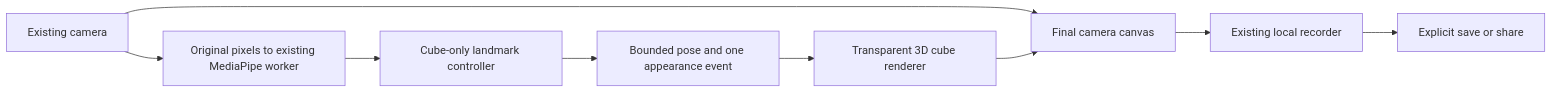
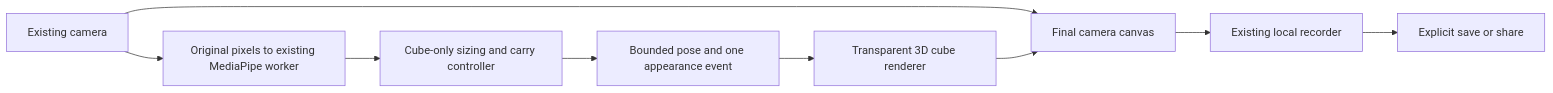
Before and after one commit to recruiting-gains/ai-builds-showcase: the diagram in ghostframe/docs/CUBE.md, drawn with Mermaid. The commit also changed other lines of this file and 8 other files, not shown here.

Commit message:
Improve Cube hologram and add one-hand carry

````diff
--- a/ghostframe/docs/CUBE.md
+++ b/ghostframe/docs/CUBE.md
@@ -17,11 +17,11 @@
 ```mermaid
 flowchart LR
   C[Existing camera] --> V[Original pixels to existing MediaPipe worker]
-  V --> G[Cube-only landmark controller]
+  V --> G[Cube-only sizing and carry controller]
   G --> P[Bounded pose and one appearance event]
   P --> W[Transparent 3D cube renderer]
   C --> F[Final camera canvas]
   W --> F
   F --> R[Existing local recorder]
   R --> S[Explicit save or share]
 ```
````
